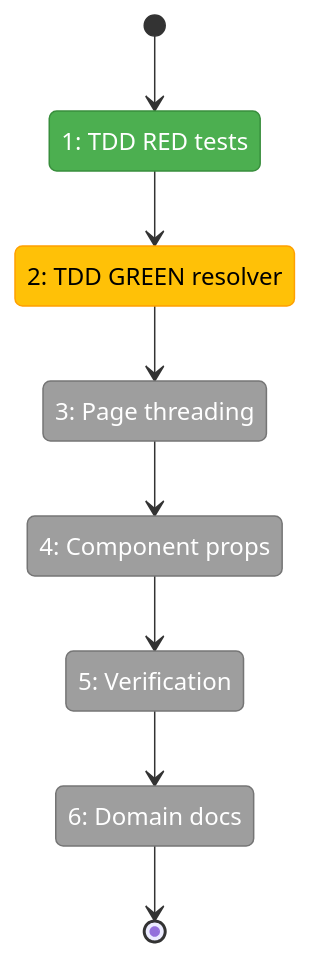
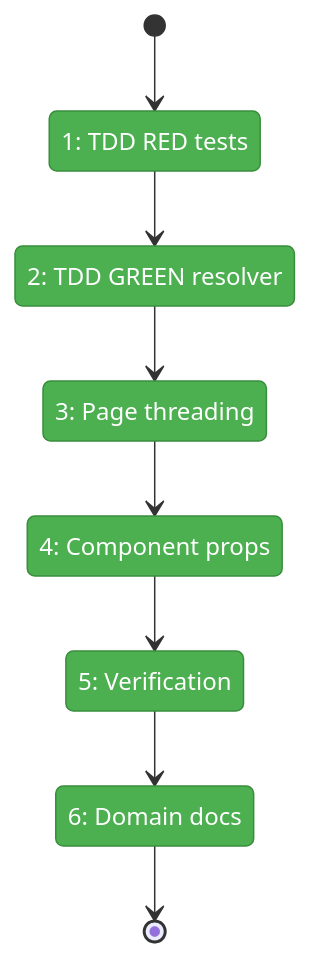
The first of 2 diagrams in docs/plans/062-workunit-worktree-resolution/tasks/implementation/tasks.fltplan.md (AI-Substrate/chainglass), drawn with Mermaid before and after one commit. The commit also changed 2 other files, not shown here.

Commit message:
Plan 062: Update progress tracking - all tasks complete
All 6 tasks [x], all 12 ACs [x], all architecture map nodes completed,
flight plan Mermaid all done, stages all checked. Domain changes logged.

````diff
--- a/docs/plans/062-workunit-worktree-resolution/tasks/implementation/tasks.fltplan.md
+++ b/docs/plans/062-workunit-worktree-resolution/tasks/implementation/tasks.fltplan.md
@@ -40,26 +40,24 @@
 ```mermaid
 stateDiagram-v2
     classDef pending fill:#9E9E9E,stroke:#757575,color:#fff
     classDef active fill:#FFC107,stroke:#FFA000,color:#000
     classDef done fill:#4CAF50,stroke:#388E3C,color:#fff
     classDef blocked fill:#F44336,stroke:#D32F2F,color:#fff
 
     state "1: TDD RED tests" as S1
     state "2: TDD GREEN resolver" as S2
     state "3: Page threading" as S3
     state "4: Component props" as S4
     state "5: Verification" as S5
     state "6: Domain docs" as S6
 
     [*] --> S1
     S1 --> S2
     S2 --> S3
     S3 --> S4
     S4 --> S5
     S5 --> S6
     S6 --> [*]
 
-    class S1 done
-    class S2 active
-    class S3,S4,S5,S6 pending
+    class S1,S2,S3,S4,S5,S6 done
 ```
````
